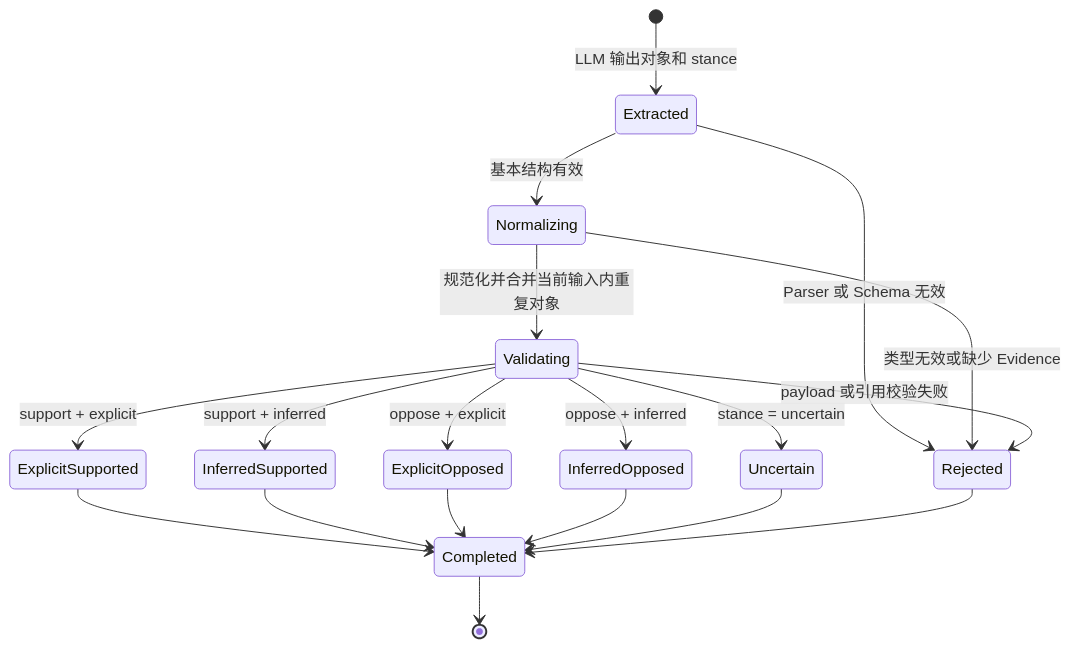
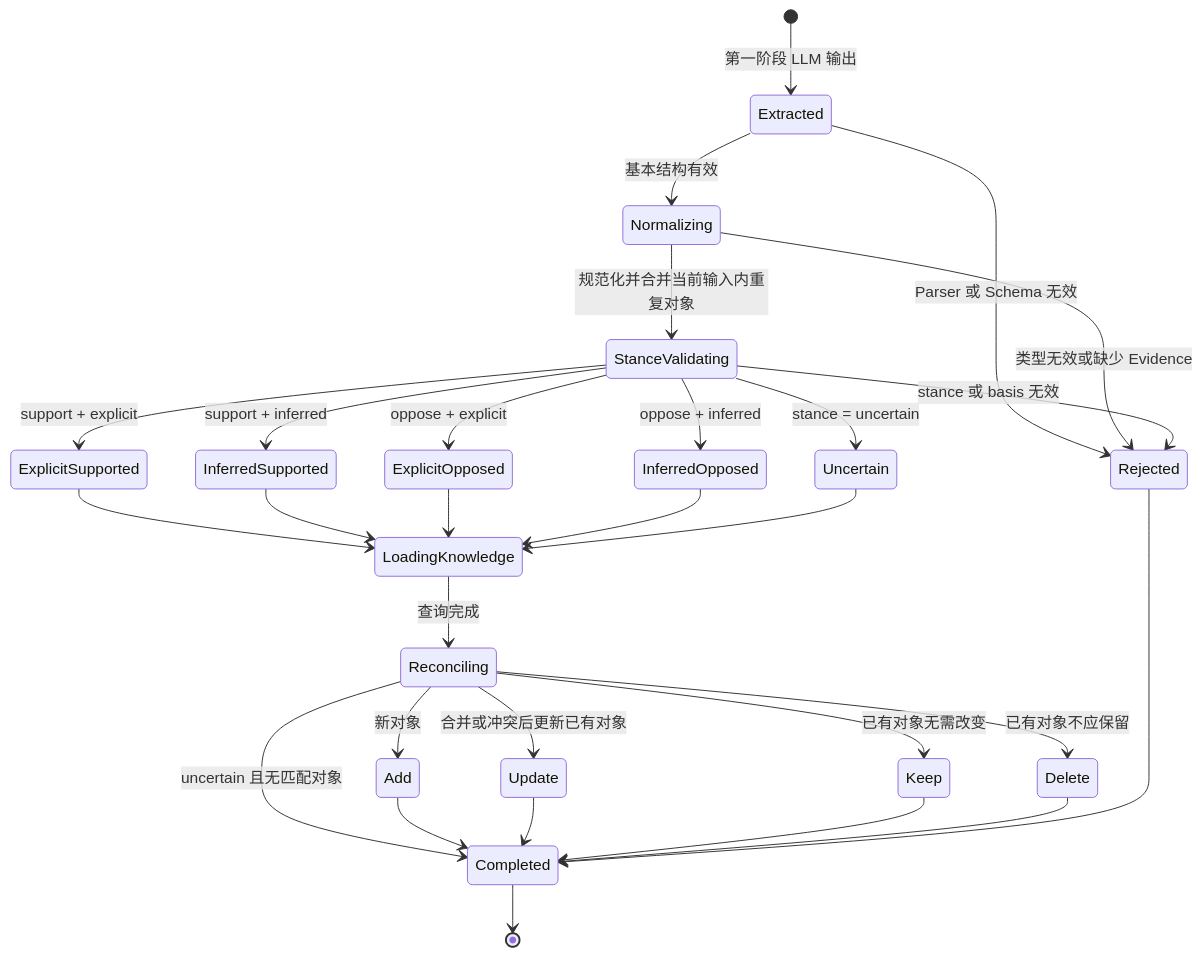
One commit to gorenx/goren changed the second of 3 diagrams in zh-CN/02-workflow-and-decisions.md. Above: the diagram before and after it, drawn with Mermaid. The commit also changed other lines of this file and 8 other files, not shown here.

````diff
--- a/zh-CN/02-workflow-and-decisions.md
+++ b/zh-CN/02-workflow-and-decisions.md
@@ -163,25 +172,37 @@
 ```mermaid
 stateDiagram-v2
-    [*] --> Extracted: LLM 输出对象和 stance
+    [*] --> Extracted: 第一阶段 LLM 输出
 
     Extracted --> Rejected: Parser 或 Schema 无效
     Extracted --> Normalizing: 基本结构有效
 
     Normalizing --> Rejected: 类型无效或缺少 Evidence
-    Normalizing --> Validating: 规范化并合并当前输入内重复对象
+    Normalizing --> StanceValidating: 规范化并合并当前输入内重复对象
 
-    Validating --> ExplicitSupported: support + explicit
-    Validating --> InferredSupported: support + inferred
-    Validating --> ExplicitOpposed: oppose + explicit
-    Validating --> InferredOpposed: oppose + inferred
-    Validating --> Uncertain: stance = uncertain
-    Validating --> Rejected: payload 或引用校验失败
+    StanceValidating --> ExplicitSupported: support + explicit
+    StanceValidating --> InferredSupported: support + inferred
+    StanceValidating --> ExplicitOpposed: oppose + explicit
+    StanceValidating --> InferredOpposed: oppose + inferred
+    StanceValidating --> Uncertain: stance = uncertain
+    StanceValidating --> Rejected: stance 或 basis 无效
 
-    ExplicitSupported --> Completed
-    InferredSupported --> Completed
-    ExplicitOpposed --> Completed
-    InferredOpposed --> Completed
-    Uncertain --> Completed
+    ExplicitSupported --> LoadingKnowledge
+    InferredSupported --> LoadingKnowledge
+    ExplicitOpposed --> LoadingKnowledge
+    InferredOpposed --> LoadingKnowledge
+    Uncertain --> LoadingKnowledge
+
+    LoadingKnowledge --> Reconciling: 查询完成
+    Reconciling --> Add: 新对象
+    Reconciling --> Update: 合并或冲突后更新已有对象
+    Reconciling --> Keep: 已有对象无需改变
+    Reconciling --> Delete: 已有对象不应保留
+    Reconciling --> Completed: uncertain 且无匹配对象
+
+    Add --> Completed
+    Update --> Completed
+    Keep --> Completed
+    Delete --> Completed
     Rejected --> Completed
     Completed --> [*]
 ```
````
